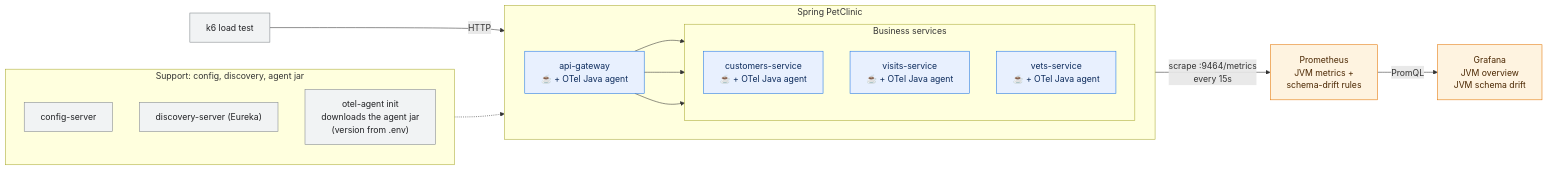
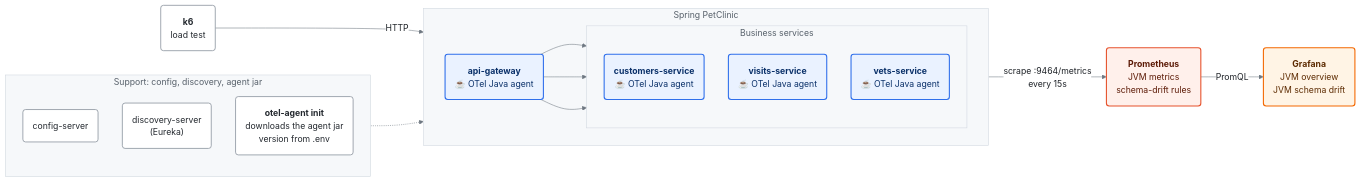
One commit to imenbkr/demo-otel-jvm-schema-drift changed the diagram in docs/diagrams/architecture.mmd. Above: the diagram before and after it, drawn with Mermaid. The commit also changed 21 other files, not shown here.

Commit message:
Add deploy markers, restyle diagrams, refresh dashboard screenshots

```diff
--- a/docs/diagrams/architecture.mmd
+++ b/docs/diagrams/architecture.mmd
@@ -1,32 +1,35 @@
+%%{init: {"theme": "base", "themeVariables": {"fontFamily": "Arial, Helvetica, sans-serif", "fontSize": "16px", "primaryColor": "#ffffff", "primaryBorderColor": "#8c959f", "primaryTextColor": "#1f2328", "lineColor": "#6e7781", "clusterBkg": "#f6f8fa", "clusterBorder": "#d0d7de", "edgeLabelBackground": "#ffffff", "titleColor": "#57606a"}, "flowchart": {"curve": "basis", "nodeSpacing": 45, "rankSpacing": 55, "padding": 18}}}%%
 flowchart LR
-  k6["k6 load test"] -->|HTTP| gw
+  k6("<b>k6</b><br/>load test"):::infra -->|HTTP| gw
 
   subgraph app["Spring PetClinic"]
     direction LR
-    gw["api-gateway<br/>☕ + OTel Java agent"]
+    gw("<b>api-gateway</b><br/>☕ OTel Java agent"):::jvm
     subgraph svc["Business services"]
       direction TB
-      cust["customers-service<br/>☕ + OTel Java agent"]
-      vis["visits-service<br/>☕ + OTel Java agent"]
-      vets["vets-service<br/>☕ + OTel Java agent"]
+      cust("<b>customers-service</b><br/>☕ OTel Java agent"):::jvm
+      vis("<b>visits-service</b><br/>☕ OTel Java agent"):::jvm
+      vets("<b>vets-service</b><br/>☕ OTel Java agent"):::jvm
     end
     gw --> cust & vis & vets
   end
 
   subgraph support["Support: config, discovery, agent jar"]
     direction TB
-    cfg["config-server"]
-    disc["discovery-server (Eureka)"]
-    dl["otel-agent init<br/>downloads the agent jar<br/>(version from .env)"]
+    cfg("config-server"):::infra
+    disc("discovery-server<br/>(Eureka)"):::infra
+    dl("<b>otel-agent init</b><br/>downloads the agent jar<br/>version from .env"):::infra
   end
   support -.-> app
 
-  app -->|"scrape :9464/metrics<br/>every 15s"| prom["Prometheus<br/>JVM metrics +<br/>schema-drift rules"]
-  prom -->|PromQL| graf["Grafana<br/>JVM overview<br/>JVM schema drift"]
+  app -->|"scrape :9464/metrics<br/>every 15s"| prom("<b>Prometheus</b><br/>JVM metrics<br/>schema-drift rules"):::prom
+  prom -->|PromQL| graf("<b>Grafana</b><br/>JVM overview<br/>JVM schema drift"):::graf
 
-  classDef jvm fill:#e8f0fe,stroke:#1a73e8,color:#0b2a5b
-  classDef obs fill:#fef3e0,stroke:#e37400,color:#4a2600
-  classDef infra fill:#f1f3f4,stroke:#80868b,color:#202124
-  class gw,cust,vis,vets jvm
-  class prom,graf obs
-  class cfg,disc,dl,k6 infra
+  classDef jvm fill:#eaf2ff,stroke:#2f6feb,stroke-width:2px,color:#0a3069
+  classDef prom fill:#fff0eb,stroke:#e6522c,stroke-width:2px,color:#5c1a06
+  classDef graf fill:#fff4e5,stroke:#f46800,stroke-width:2px,color:#5c2a00
+  classDef infra fill:#ffffff,stroke:#8c959f,stroke-width:1.5px,color:#24292f
+  classDef gate fill:#f3eeff,stroke:#8250df,stroke-width:2px,color:#3e1f79
+  classDef ok fill:#dafbe1,stroke:#1a7f37,stroke-width:2px,color:#0f3d1c
+  classDef bad fill:#ffebe9,stroke:#cf222e,stroke-width:2px,color:#6e1a1f
+  classDef warn fill:#fff8c5,stroke:#bf8700,stroke-width:2px,color:#4d2d00
```
